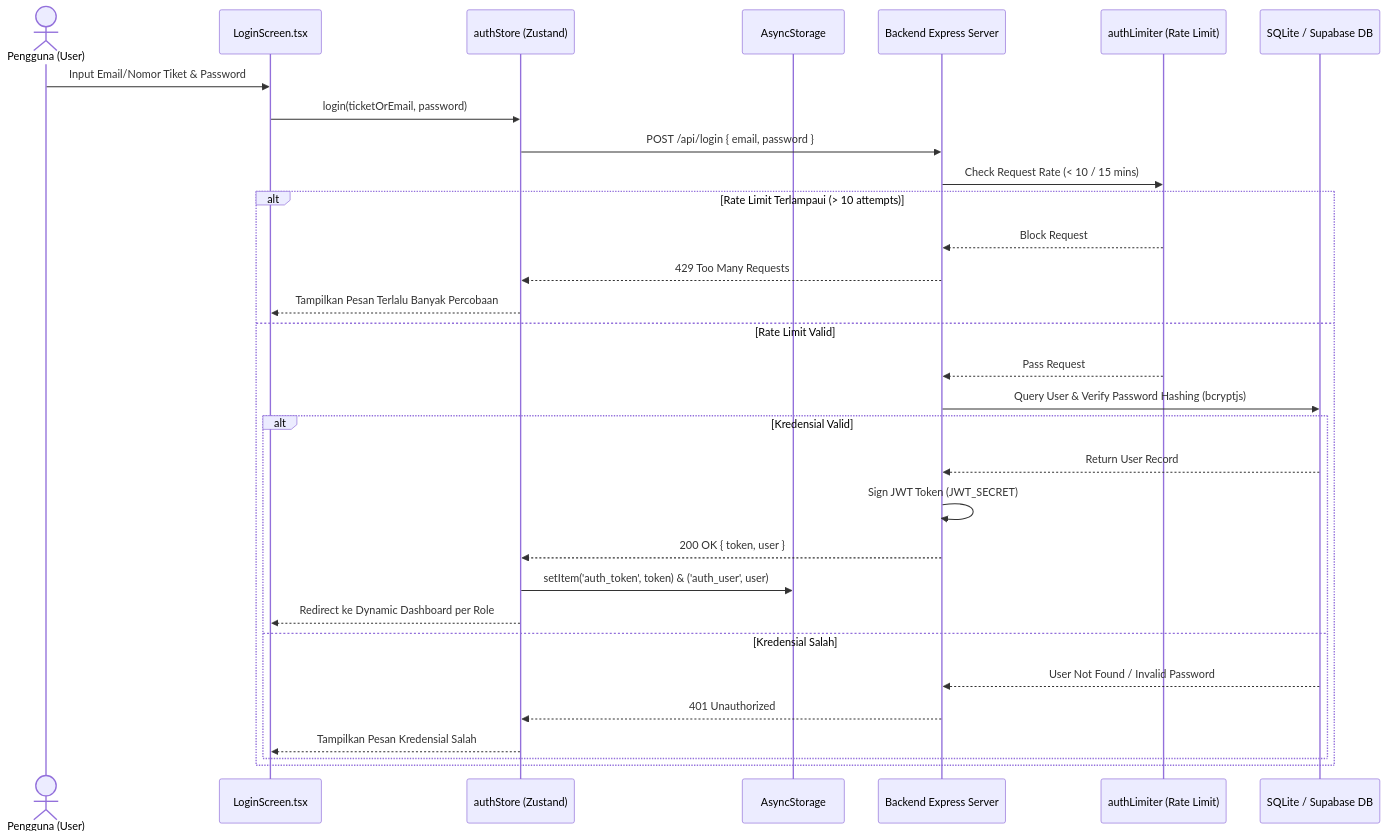
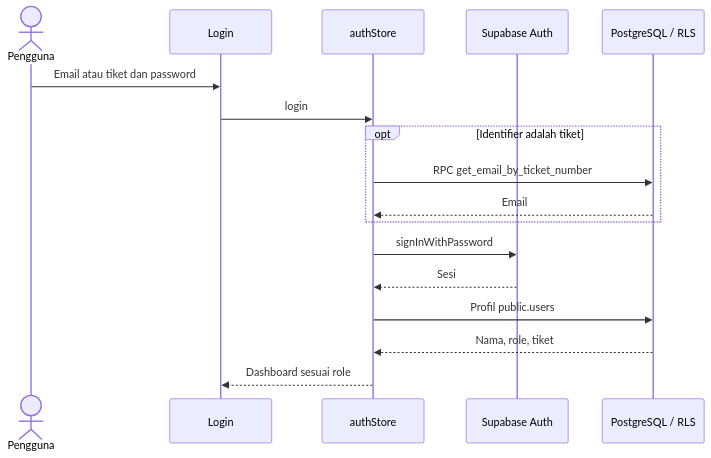
One commit to fajar-dev/gsi-one changed the first of 2 diagrams in docs/03_Architecture_Design/UML/Sequence.md. Above: the diagram before and after it, drawn with Mermaid. The commit also changed other lines of this file and 213 other files, not shown here.

````diff
--- a/docs/03_Architecture_Design/UML/Sequence.md
+++ b/docs/03_Architecture_Design/UML/Sequence.md
@@ -8,35 +5,19 @@
 ```mermaid
 sequenceDiagram
-    actor User as Pengguna (User)
-    participant Screen as LoginScreen.tsx
-    participant Store as authStore (Zustand)
-    participant Storage as AsyncStorage
-    participant Express as Backend Express Server
-    participant Limiter as authLimiter (Rate Limit)
-    participant DB as SQLite / Supabase DB
-
-    User->>Screen: Input Email/Nomor Tiket & Password
-    Screen->>Store: login(ticketOrEmail, password)
-    Store->>Express: POST /api/login { email, password }
-    Express->>Limiter: Check Request Rate (< 10 / 15 mins)
-    
-    alt Rate Limit Terlampaui (> 10 attempts)
-        Limiter-->>Express: Block Request
-        Express-->>Store: 429 Too Many Requests
-        Store-->>Screen: Tampilkan Pesan Terlalu Banyak Percobaan
-    else Rate Limit Valid
-        Limiter-->>Express: Pass Request
-        Express->>DB: Query User & Verify Password Hashing (bcryptjs)
-        alt Kredensial Valid
-            DB-->>Express: Return User Record
-            Express->>Express: Sign JWT Token (JWT_SECRET)
-            Express-->>Store: 200 OK { token, user }
-            Store->>Storage: setItem('auth_token', token) & ('auth_user', user)
-            Store-->>Screen: Redirect ke Dynamic Dashboard per Role
-        else Kredensial Salah
-            DB-->>Express: User Not Found / Invalid Password
-            Express-->>Store: 401 Unauthorized
-            Store-->>Screen: Tampilkan Pesan Kredensial Salah
-        end
+    actor User as Pengguna
+    participant UI as Login
+    participant Store as authStore
+    participant Auth as Supabase Auth
+    participant DB as PostgreSQL / RLS
+    User->>UI: Email atau tiket dan password
+    UI->>Store: login
+    opt Identifier adalah tiket
+      Store->>DB: RPC get_email_by_ticket_number
+      DB-->>Store: Email
     end
+    Store->>Auth: signInWithPassword
+    Auth-->>Store: Sesi
+    Store->>DB: Profil public.users
+    DB-->>Store: Nama, role, tiket
+    Store-->>UI: Dashboard sesuai role
 ```
````
